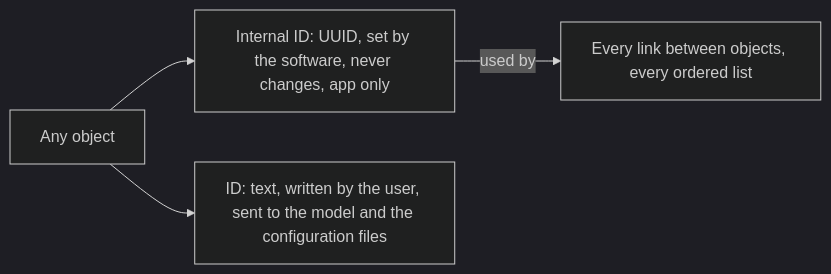
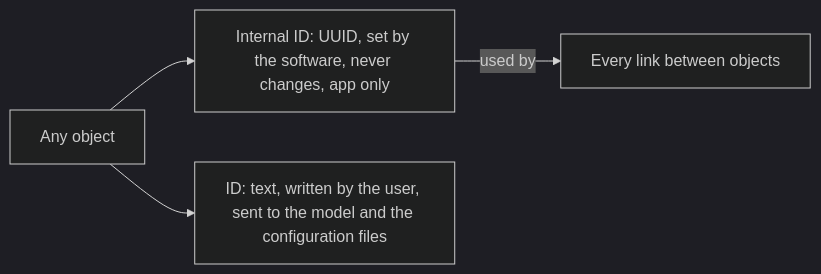
The first of 3 diagrams in metadata/15-data-model.md (AlexandreGallais/synoptic-studio-spec), drawn with Mermaid (dark theme) before and after one commit. The commit also changed other lines of this file and 2 other files, not shown here.

````diff
--- a/metadata/15-data-model.md
+++ b/metadata/15-data-model.md
@@ -19,6 +20,6 @@
 ```mermaid
 flowchart LR
     O["Any object"] --> I["Internal ID: UUID, set by the software, never changes, app only"]
     O --> P["ID: text, written by the user, sent to the model and the configuration files"]
-    I -->|"used by"| L["Every link between objects, every ordered list"]
+    I -->|"used by"| L["Every link between objects"]
 ```
````
